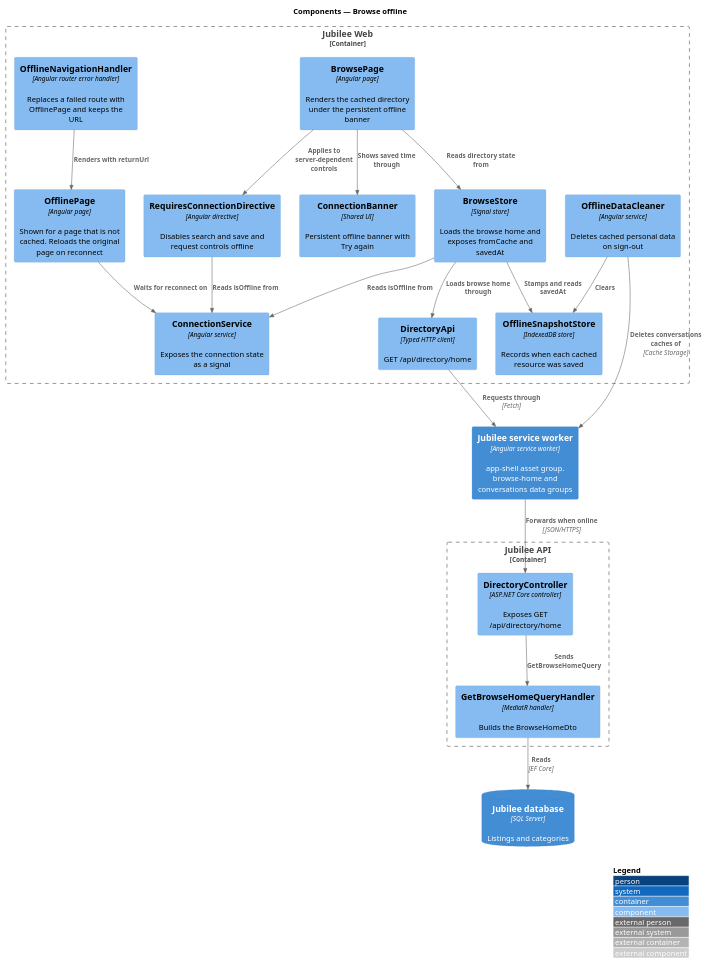
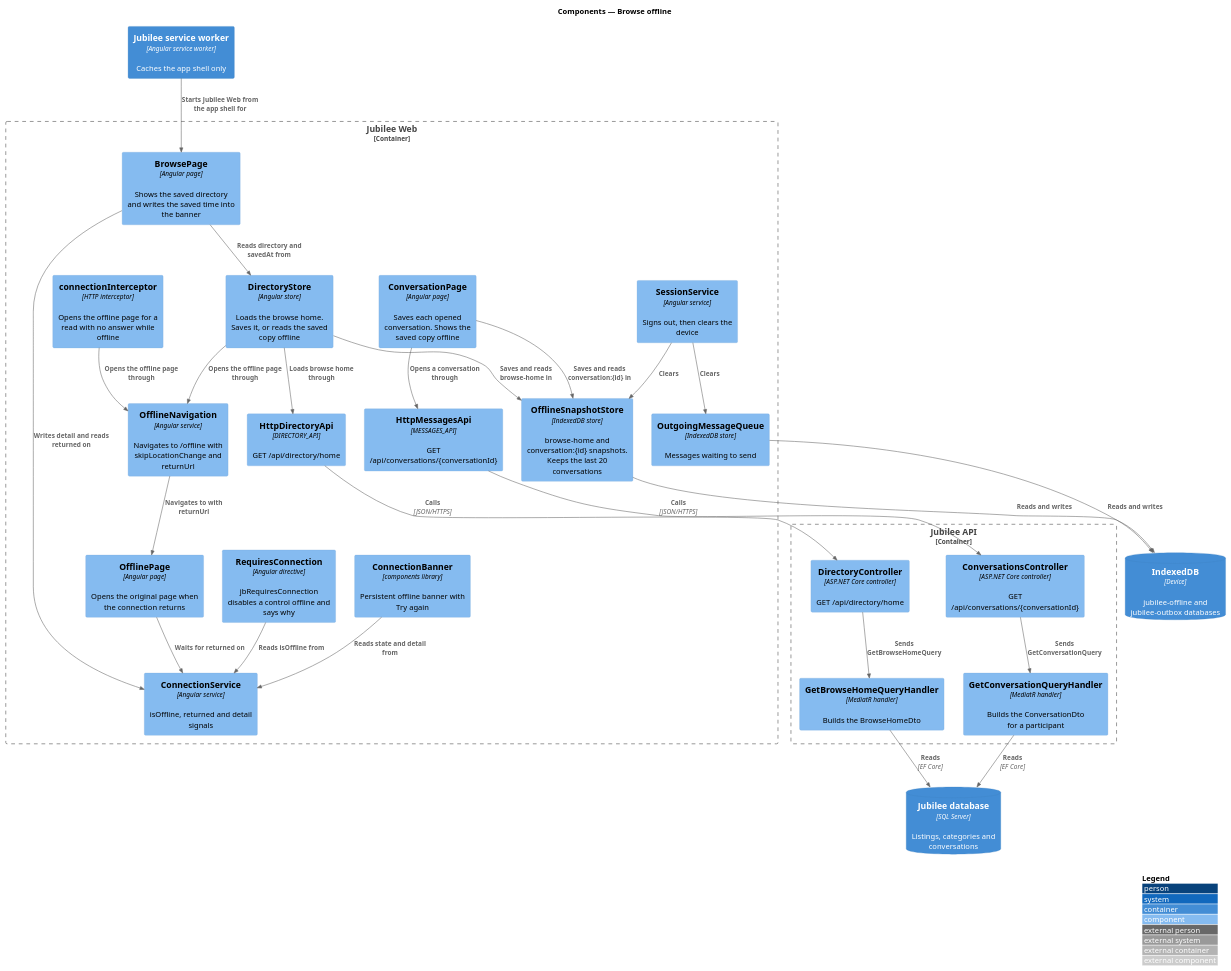
Before and after one commit to QuinntyneBrown/jubilee: the diagram in docs/detailed-designs/offline/browse-offline/diagrams/c4-component.puml, drawn with PlantUML. The commit also changed 50 other files, not shown here.

```diff
--- a/docs/detailed-designs/offline/browse-offline/diagrams/c4-component.puml
+++ b/docs/detailed-designs/offline/browse-offline/diagrams/c4-component.puml
@@ -1,40 +1,55 @@
 @startuml
 !include <C4/C4_Component>
 LAYOUT_WITH_LEGEND()
 title Components — Browse offline
 
 Container_Boundary(web, "Jubilee Web") {
-  Component(browse, "BrowsePage", "Angular page", "Renders the cached directory under the persistent offline banner")
-  Component(offline, "OfflinePage", "Angular page", "Shown for a page that is not cached. Reloads the original page on reconnect")
-  Component(navh, "OfflineNavigationHandler", "Angular router error handler", "Replaces a failed route with OfflinePage and keeps the URL")
-  Component(store, "BrowseStore", "Signal store", "Loads the browse home and exposes fromCache and savedAt")
-  Component(dapi, "DirectoryApi", "Typed HTTP client", "GET /api/directory/home")
-  Component(conn, "ConnectionService", "Angular service", "Exposes the connection state as a signal")
-  Component(banner, "ConnectionBanner", "Shared UI", "Persistent offline banner with Try again")
-  Component(dir, "RequiresConnectionDirective", "Angular directive", "Disables search and save and request controls offline")
-  Component(snap, "OfflineSnapshotStore", "IndexedDB store", "Records when each cached resource was saved")
-  Component(cleaner, "OfflineDataCleaner", "Angular service", "Deletes cached personal data on sign-out")
+  Component(browse, "BrowsePage", "Angular page", "Shows the saved directory and writes the saved time into the banner")
+  Component(store, "DirectoryStore", "Angular store", "Loads the browse home. Saves it, or reads the saved copy offline")
+  Component(dapi, "HttpDirectoryApi", "DIRECTORY_API", "GET /api/directory/home")
+  Component(convo, "ConversationPage", "Angular page", "Saves each opened conversation. Shows the saved copy offline")
+  Component(mapi, "HttpMessagesApi", "MESSAGES_API", "GET /api/conversations/{conversationId}")
+  Component(snap, "OfflineSnapshotStore", "IndexedDB store", "browse-home and conversation:{id} snapshots. Keeps the last 20 conversations")
+  Component(icpt, "connectionInterceptor", "HTTP interceptor", "Opens the offline page for a read with no answer while offline")
+  Component(nav, "OfflineNavigation", "Angular service", "Navigates to /offline with skipLocationChange and returnUrl")
+  Component(offline, "OfflinePage", "Angular page", "Opens the original page when the connection returns")
+  Component(conn, "ConnectionService", "Angular service", "isOffline, returned and detail signals")
+  Component(banner, "ConnectionBanner", "components library", "Persistent offline banner with Try again")
+  Component(dir, "RequiresConnection", "Angular directive", "jbRequiresConnection disables a control offline and says why")
+  Component(session, "SessionService", "Angular service", "Signs out, then clears the device")
+  Component(queue, "OutgoingMessageQueue", "IndexedDB store", "Messages waiting to send")
 }
-Container(sw, "Jubilee service worker", "Angular service worker", "app-shell asset group. browse-home and conversations data groups")
+Container(sw, "Jubilee service worker", "Angular service worker", "Caches the app shell only")
+ContainerDb(idb, "IndexedDB", "Device", "jubilee-offline and jubilee-outbox databases")
 Container_Boundary(api, "Jubilee API") {
-  Component(ctrl, "DirectoryController", "ASP.NET Core controller", "Exposes GET /api/directory/home")
-  Component(handler, "GetBrowseHomeQueryHandler", "MediatR handler", "Builds the BrowseHomeDto")
+  Component(dctrl, "DirectoryController", "ASP.NET Core controller", "GET /api/directory/home")
+  Component(dhandler, "GetBrowseHomeQueryHandler", "MediatR handler", "Builds the BrowseHomeDto")
+  Component(cctrl, "ConversationsController", "ASP.NET Core controller", "GET /api/conversations/{conversationId}")
+  Component(chandler, "GetConversationQueryHandler", "MediatR handler", "Builds the ConversationDto for a participant")
 }
-ContainerDb(db, "Jubilee database", "SQL Server", "Listings and categories")
+ContainerDb(db, "Jubilee database", "SQL Server", "Listings, categories and conversations")
 
-Rel(browse, store, "Reads directory state from")
-Rel(browse, banner, "Shows saved time through")
-Rel(browse, dir, "Applies to server-dependent controls")
+Rel(sw, browse, "Starts Jubilee Web from the app shell for")
+Rel(browse, store, "Reads directory and savedAt from")
+Rel(browse, conn, "Writes detail and reads returned on")
+Rel(banner, conn, "Reads state and detail from")
 Rel(store, dapi, "Loads browse home through")
-Rel(store, snap, "Stamps and reads savedAt")
-Rel(store, conn, "Reads isOffline from")
+Rel(store, snap, "Saves and reads browse-home in")
+Rel(store, nav, "Opens the offline page through")
+Rel(convo, mapi, "Opens a conversation through")
+Rel(convo, snap, "Saves and reads conversation:{id} in")
 Rel(dir, conn, "Reads isOffline from")
-Rel(navh, offline, "Renders with returnUrl")
-Rel(offline, conn, "Waits for reconnect on")
-Rel(cleaner, snap, "Clears")
-Rel(cleaner, sw, "Deletes conversations caches of", "Cache Storage")
-Rel(dapi, sw, "Requests through", "Fetch")
-Rel(sw, ctrl, "Forwards when online", "JSON/HTTPS")
-Rel(ctrl, handler, "Sends GetBrowseHomeQuery")
-Rel(handler, db, "Reads", "EF Core")
+Rel(icpt, nav, "Opens the offline page through")
+Rel(nav, offline, "Navigates to with returnUrl")
+Rel(offline, conn, "Waits for returned on")
+Rel(session, snap, "Clears")
+Rel(session, queue, "Clears")
+Rel(snap, idb, "Reads and writes")
+Rel(queue, idb, "Reads and writes")
+Rel(dapi, dctrl, "Calls", "JSON/HTTPS")
+Rel(mapi, cctrl, "Calls", "JSON/HTTPS")
+Rel(dctrl, dhandler, "Sends GetBrowseHomeQuery")
+Rel(cctrl, chandler, "Sends GetConversationQuery")
+Rel(dhandler, db, "Reads", "EF Core")
+Rel(chandler, db, "Reads", "EF Core")
 @enduml
```
